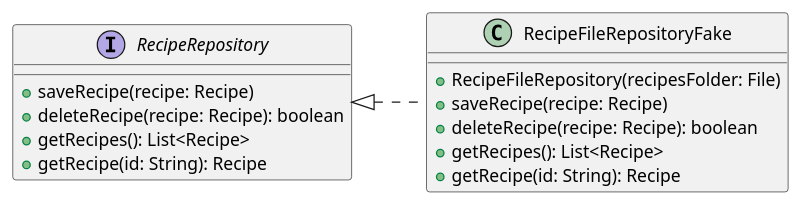
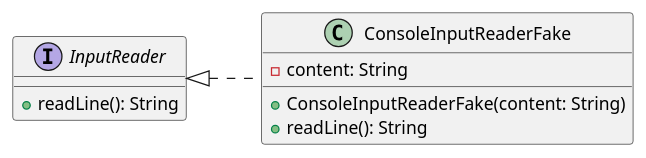
One commit to ncryptedV1/AutoChef changed the diagram in uml/fake-mock-2.iuml. Above: the diagram before and after it, drawn with PlantUML. The commit also changed 1 other file, not shown here.

```diff
--- a/uml/fake-mock-2.iuml
+++ b/uml/fake-mock-2.iuml
@@ -1,22 +1,17 @@
 @startuml
 
 left to right direction
 
-interface RecipeRepository {
-  + saveRecipe(recipe: Recipe)
-  + deleteRecipe(recipe: Recipe): boolean
-  + getRecipes(): List<Recipe>
-  + getRecipe(id: String): Recipe
+interface InputReader {
+  + readLine(): String
 }
       
-class RecipeFileRepositoryFake {
-  + RecipeFileRepository(recipesFolder: File)
-  + saveRecipe(recipe: Recipe)
-  + deleteRecipe(recipe: Recipe): boolean
-  + getRecipes(): List<Recipe>
-  + getRecipe(id: String): Recipe
+class ConsoleInputReaderFake {
+  - content: String
+  + ConsoleInputReaderFake(content: String)
+  + readLine(): String
 }
 
-RecipeRepository <|.. RecipeFileRepositoryFake
+InputReader <|.. ConsoleInputReaderFake
 
 @enduml
```
